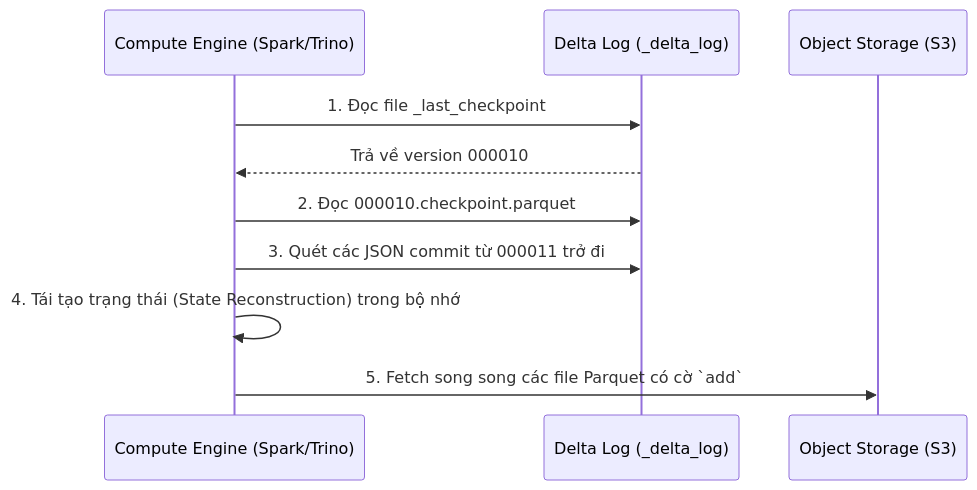
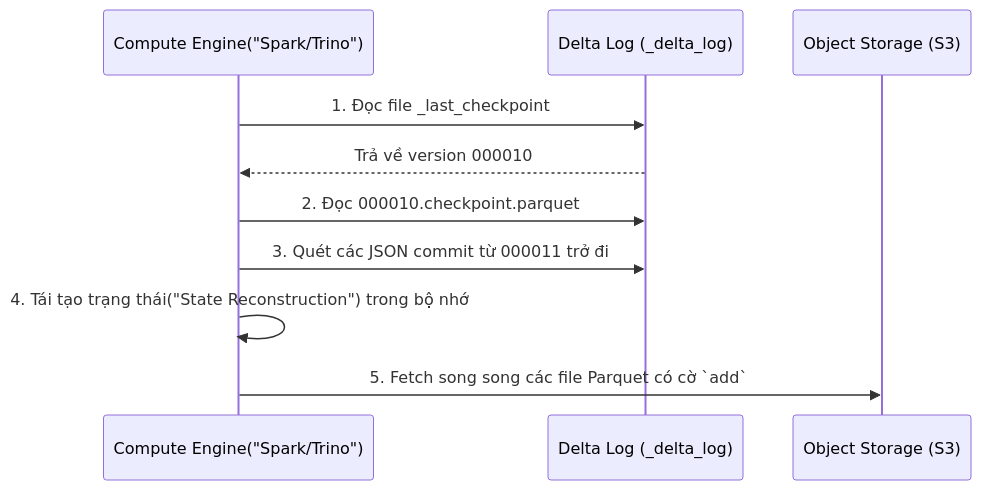
The first of 2 diagrams in src/content/docs/concepts/3-storage-engines-formats/delta-lake.md (kythuatdulieu/kythuatdulieu.github.io), drawn with Mermaid before and after one commit. The commit also changed 190 other files, not shown here.

Commit message:
fix: resolve mermaid syntax, math rendering, and metadata issues from content rewrite

````diff
--- a/src/content/docs/concepts/3-storage-engines-formats/delta-lake.md
+++ b/src/content/docs/concepts/3-storage-engines-formats/delta-lake.md
@@ -48,13 +48,13 @@
 ```mermaid
 sequenceDiagram
-    participant C as Compute Engine (Spark/Trino)
+    participant C as Compute Engine("Spark/Trino")
     participant L as Delta Log (_delta_log)
     participant S as Object Storage (S3)
     
     C->>L: 1. Đọc file _last_checkpoint
     L-->>C: Trả về version 000010
     C->>L: 2. Đọc 000010.checkpoint.parquet
     C->>L: 3. Quét các JSON commit từ 000011 trở đi
-    C->>C: 4. Tái tạo trạng thái (State Reconstruction) trong bộ nhớ
+    C->>C: 4. Tái tạo trạng thái("State Reconstruction") trong bộ nhớ
     C->>S: 5. Fetch song song các file Parquet có cờ `add`
 ```
````
